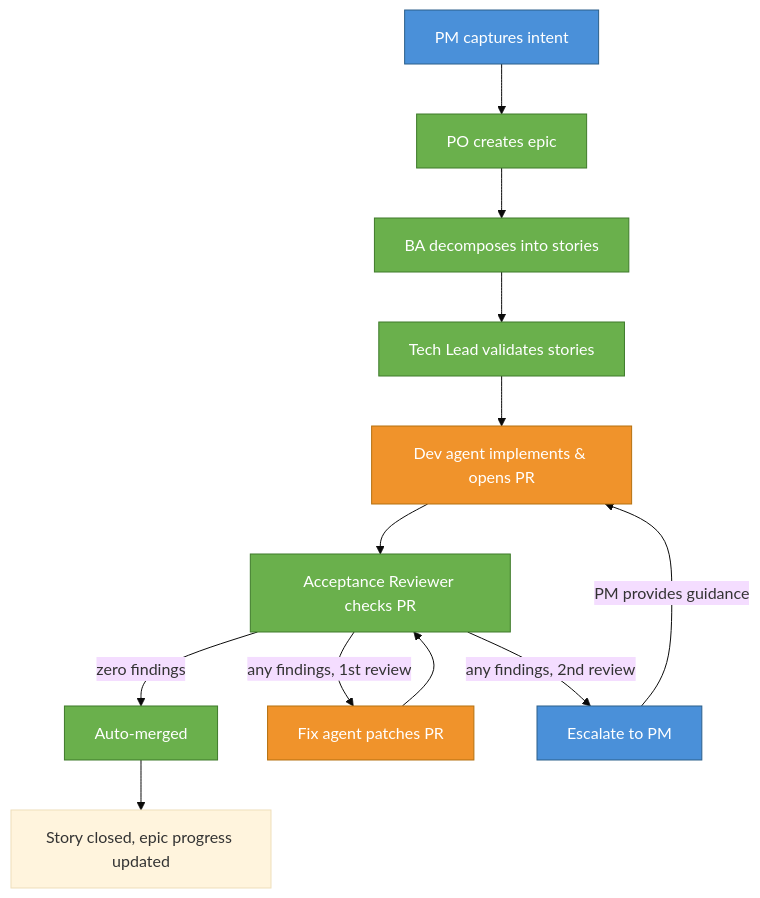
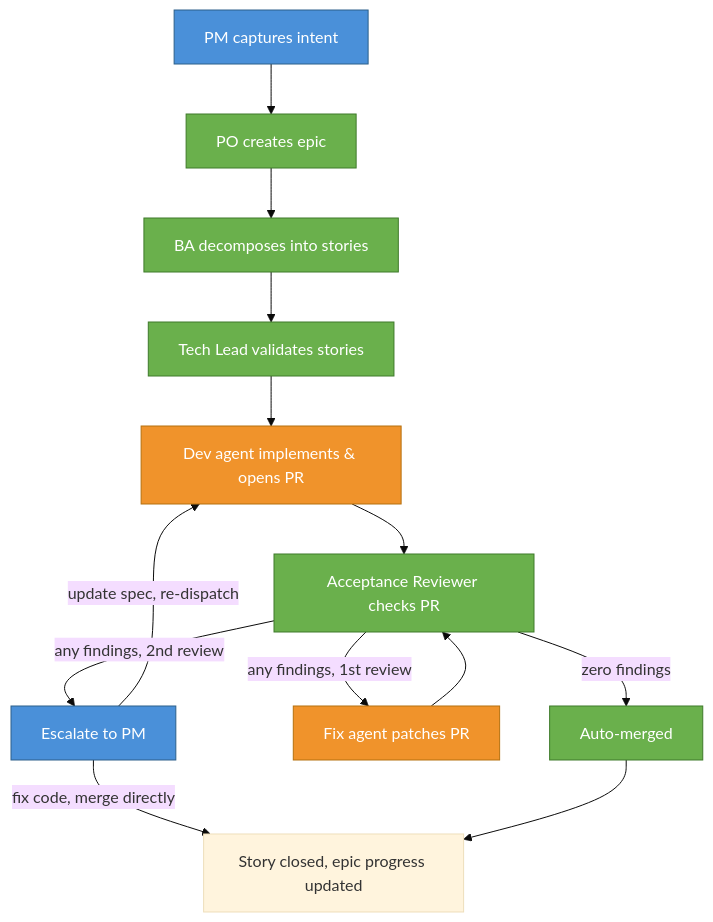
Before and after one commit to cfg-is/cfgms: the first of 3 diagrams in docs/development/autonomous-dev-team.md, drawn with Mermaid (base theme).

Commit message:
docs: add PM branch options on escalation — re-dispatch or fix directly
PM can either update the spec and re-dispatch an agent, or fix the
code themselves and merge directly.

````diff
--- a/docs/development/autonomous-dev-team.md
+++ b/docs/development/autonomous-dev-team.md
@@ -24,18 +24,19 @@
 ```mermaid
 flowchart TD
     PM[PM captures intent]:::human --> PO[PO creates epic]:::agent
     PO --> BA[BA decomposes into stories]:::agent
     BA --> TL[Tech Lead validates stories]:::agent
     TL --> DEV[Dev agent implements & opens PR]:::container
     DEV --> AR[Acceptance Reviewer checks PR]:::agent
     AR -->|zero findings| MERGE[Auto-merged]:::agent
     AR -->|any findings, 1st review| FIX[Fix agent patches PR]:::container
     FIX --> AR
     AR -->|any findings, 2nd review| BLOCKED[Escalate to PM]:::human
-    BLOCKED -->|PM provides guidance| DEV
+    BLOCKED -->|update spec, re-dispatch| DEV
+    BLOCKED -->|fix code, merge directly| DONE
     MERGE --> DONE[Story closed, epic progress updated]
 
     classDef human fill:#4a90d9,stroke:#2c5f8a,color:#fff
     classDef agent fill:#6ab04c,stroke:#3e7a2a,color:#fff
     classDef container fill:#f0932b,stroke:#b5700f,color:#fff
 ```
````
